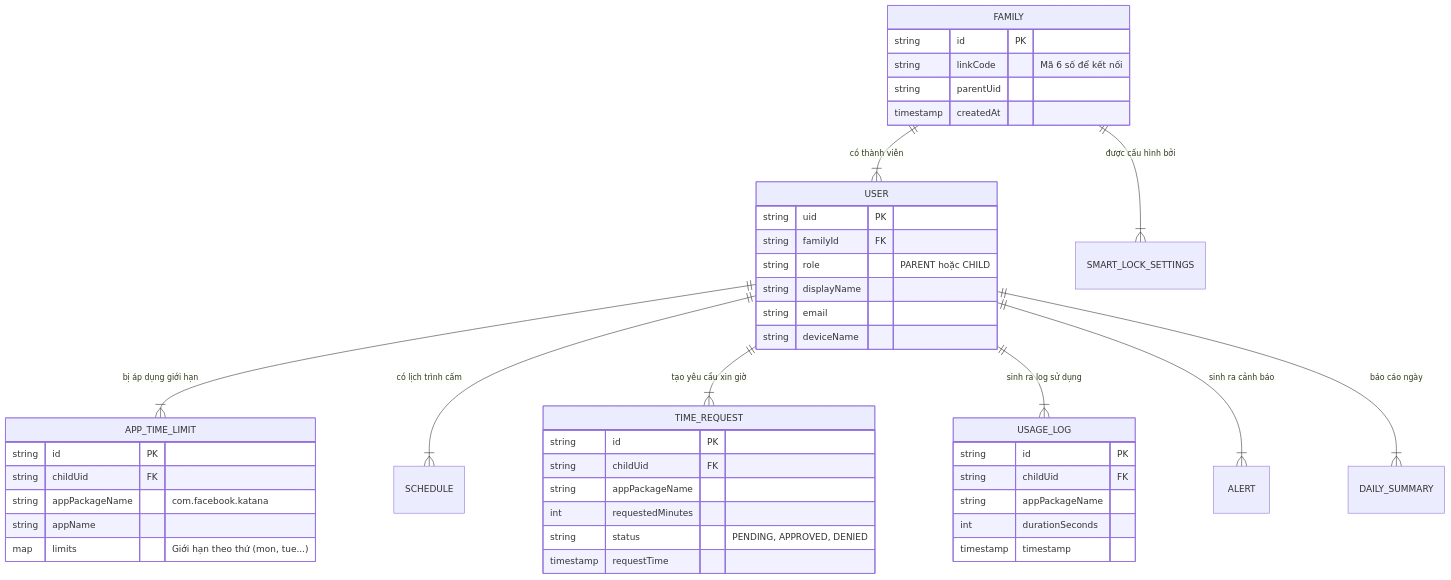
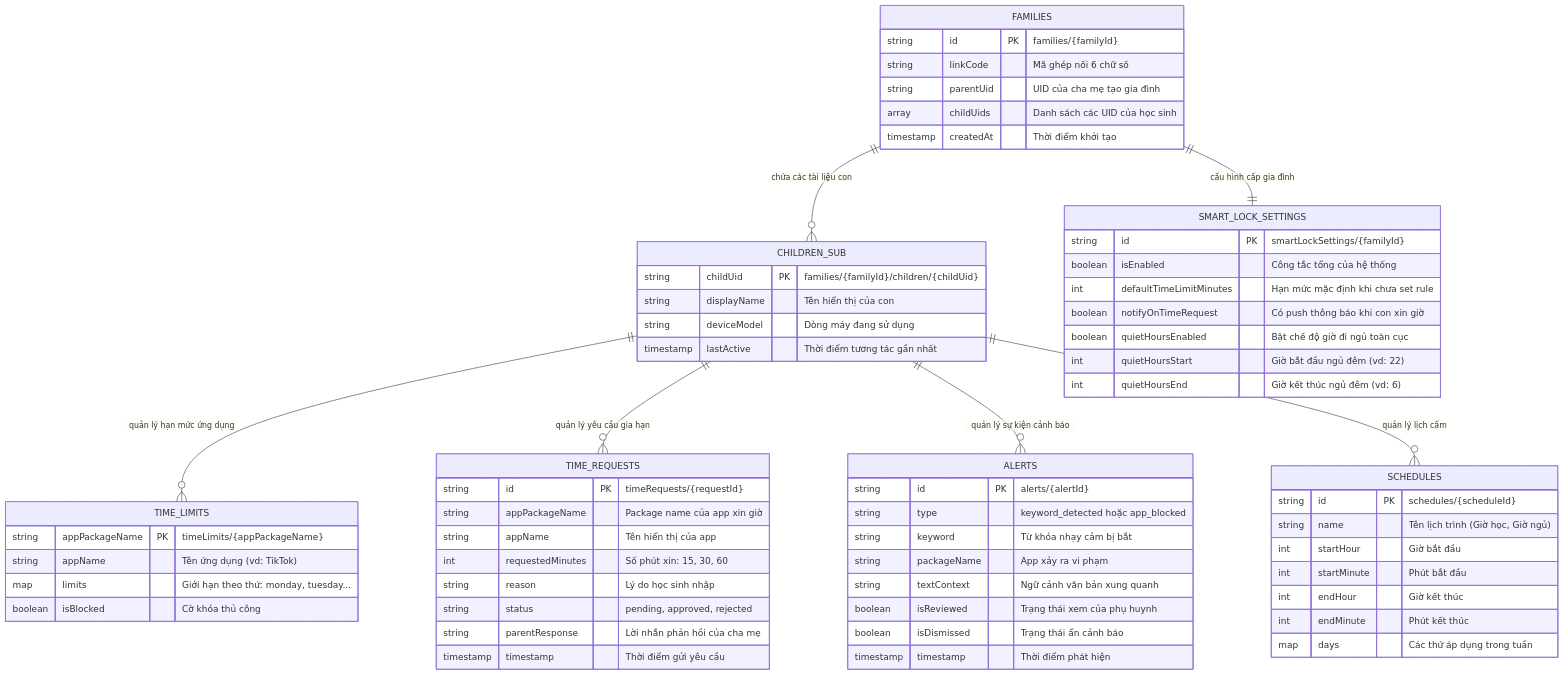
Diagram 20 of 20 in docs/Kura_Technical_Analysis.md (minhduc01168/KidGuardian-THPT), drawn with Mermaid before and after one commit. The commit also changed other lines of this file, not shown here.

````diff
--- a/docs/Kura_Technical_Analysis.md
+++ b/docs/Kura_Technical_Analysis.md
@@ -301,52 +1186,73 @@
 ```mermaid
 erDiagram
-    FAMILY ||--|{ USER : "có thành viên"
-    FAMILY ||--|{ SMART_LOCK_SETTINGS : "được cấu hình bởi"
-    USER ||--|{ APP_TIME_LIMIT : "bị áp dụng giới hạn"
-    USER ||--|{ SCHEDULE : "có lịch trình cấm"
-    USER ||--|{ TIME_REQUEST : "tạo yêu cầu xin giờ"
-    USER ||--|{ USAGE_LOG : "sinh ra log sử dụng"
-    USER ||--|{ ALERT : "sinh ra cảnh báo"
-    USER ||--|{ DAILY_SUMMARY : "báo cáo ngày"
+    FAMILIES ||--o{ CHILDREN_SUB : "chứa các tài liệu con"
+    FAMILIES ||--|| SMART_LOCK_SETTINGS : "cấu hình cấp gia đình"
+    CHILDREN_SUB ||--o{ TIME_LIMITS : "quản lý hạn mức ứng dụng"
+    CHILDREN_SUB ||--o{ TIME_REQUESTS : "quản lý yêu cầu gia hạn"
+    CHILDREN_SUB ||--o{ ALERTS : "quản lý sự kiện cảnh báo"
+    CHILDREN_SUB ||--o{ SCHEDULES : "quản lý lịch cấm"
 
-    FAMILY {
-        string id PK
-        string linkCode "Mã 6 số để kết nối"
-        string parentUid
-        timestamp createdAt
+    FAMILIES {
+        string id PK "families/{familyId}"
+        string linkCode "Mã ghép nối 6 chữ số"
+        string parentUid "UID của cha mẹ tạo gia đình"
+        array childUids "Danh sách các UID của học sinh"
+        timestamp createdAt "Thời điểm khởi tạo"
     }
 
-    USER {
-        string uid PK
-        string familyId FK
-        string role "PARENT hoặc CHILD"
-        string displayName
-        string email
-        string deviceName
+    CHILDREN_SUB {
+        string childUid PK "families/{familyId}/children/{childUid}"
+        string displayName "Tên hiển thị của con"
+        string deviceModel "Dòng máy đang sử dụng"
+        timestamp lastActive "Thời điểm tương tác gần nhất"
     }
 
-    APP_TIME_LIMIT {
-        string id PK
-        string childUid FK
-        string appPackageName "com.facebook.katana"
-        string appName
-        map limits "Giới hạn theo thứ (mon, tue...)"
+    TIME_LIMITS {
+        string appPackageName PK "timeLimits/{appPackageName}"
+        string appName "Tên ứng dụng (vd: TikTok)"
+        map limits "Giới hạn theo thứ: monday, tuesday..."
+        boolean isBlocked "Cờ khóa thủ công"
     }
 
-    TIME_REQUEST {
-        string id PK
-        string childUid FK
-        string appPackageName
-        int requestedMinutes
-        string status "PENDING, APPROVED, DENIED"
-        timestamp requestTime
+    TIME_REQUESTS {
+        string id PK "timeRequests/{requestId}"
+        string appPackageName "Package name của app xin giờ"
+        string appName "Tên hiển thị của app"
+        int requestedMinutes "Số phút xin: 15, 30, 60"
+        string reason "Lý do học sinh nhập"
+        string status "pending, approved, rejected"
+        string parentResponse "Lời nhắn phản hồi của cha mẹ"
+        timestamp timestamp "Thời điểm gửi yêu cầu"
     }
 
-    USAGE_LOG {
-        string id PK
-        string childUid FK
-        string appPackageName
-        int durationSeconds
-        timestamp timestamp
+    ALERTS {
+        string id PK "alerts/{alertId}"
+        string type "keyword_detected hoặc app_blocked"
+        string keyword "Từ khóa nhạy cảm bị bắt"
+        string packageName "App xảy ra vi phạm"
+        string textContext "Ngữ cảnh văn bản xung quanh"
+        boolean isReviewed "Trạng thái xem của phụ huynh"
+        boolean isDismissed "Trạng thái ẩn cảnh báo"
+        timestamp timestamp "Thời điểm phát hiện"
+    }
+
+    SCHEDULES {
+        string id PK "schedules/{scheduleId}"
+        string name "Tên lịch trình (Giờ học, Giờ ngủ)"
+        int startHour "Giờ bắt đầu"
+        int startMinute "Phút bắt đầu"
+        int endHour "Giờ kết thúc"
+        int endMinute "Phút kết thúc"
+        map days "Các thứ áp dụng trong tuần"
+    }
+
+    SMART_LOCK_SETTINGS {
+        string id PK "smartLockSettings/{familyId}"
+        boolean isEnabled "Công tắc tổng của hệ thống"
+        int defaultTimeLimitMinutes "Hạn mức mặc định khi chưa set rule"
+        boolean notifyOnTimeRequest "Có push thông báo khi con xin giờ"
+        boolean quietHoursEnabled "Bật chế độ giờ đi ngủ toàn cục"
+        int quietHoursStart "Giờ bắt đầu ngủ đêm (vd: 22)"
+        int quietHoursEnd "Giờ kết thúc ngủ đêm (vd: 6)"
     }
 ```
````
